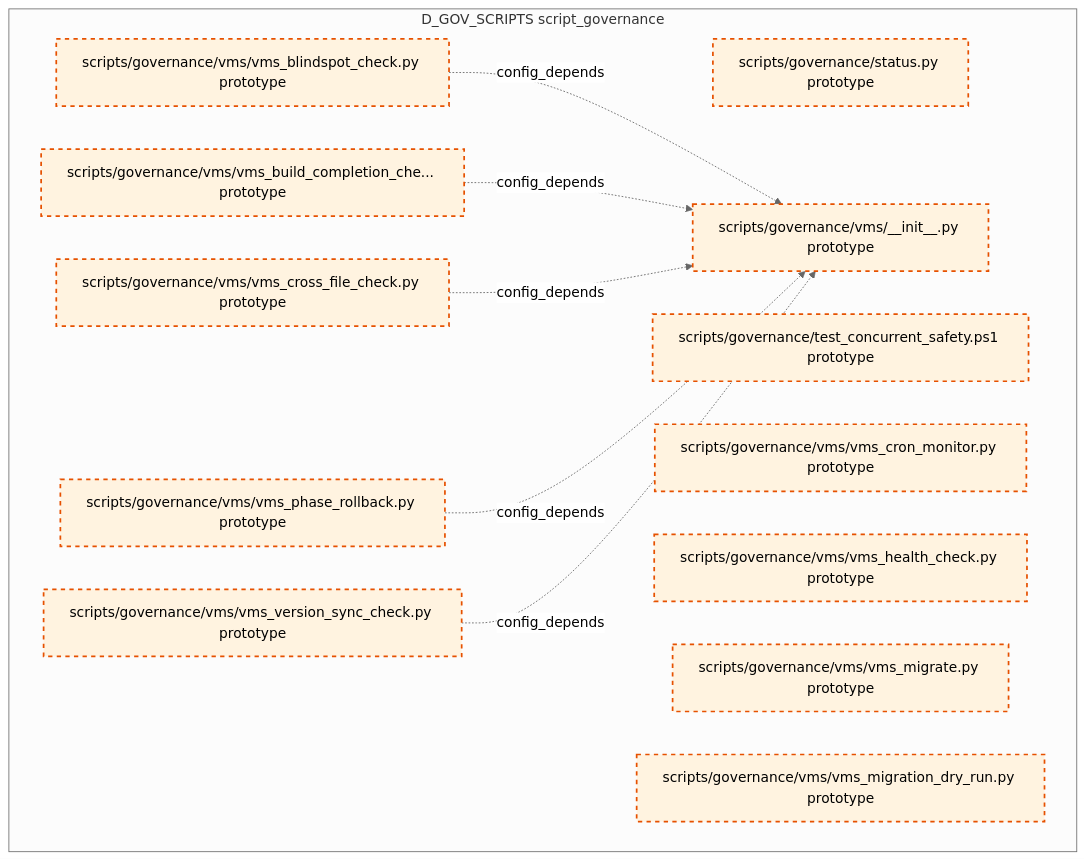
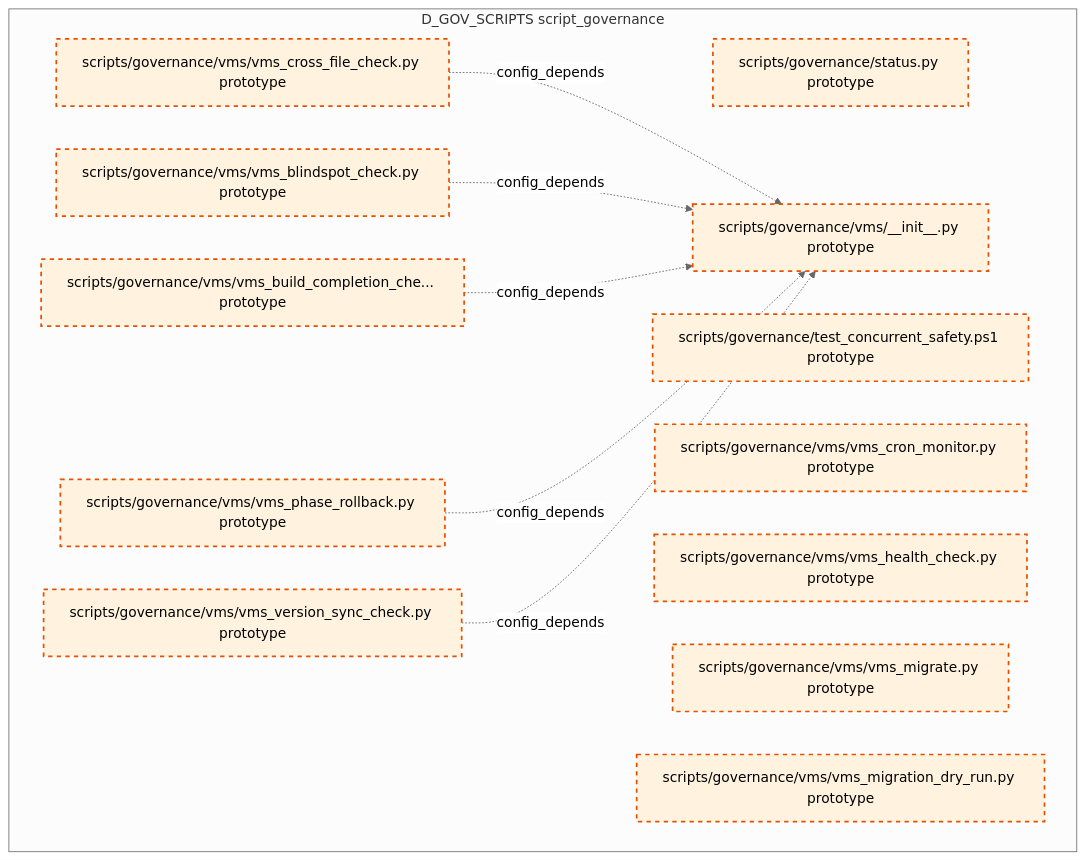
Before and after one commit to xuanFelixVan/ZephyrAlpha: diagram 15 of 15 in docs/02_enterprise_architecture/02_domain_architecture_docs/36_d_gov_scripts.md, drawn with Mermaid (neutral theme). The commit also changed other lines of this file and 99 other files, not shown here.

````diff
--- a/docs/02_enterprise_architecture/02_domain_architecture_docs/36_d_gov_scripts.md
+++ b/docs/02_enterprise_architecture/02_domain_architecture_docs/36_d_gov_scripts.md
@@ -1016,27 +1013,27 @@
 ```mermaid
 graph TD
     subgraph D_GOV_SCRIPTS["D_GOV_SCRIPTS script_governance"]
         scripts_governance_status_py["scripts/governance/status.py prototype"]
         scripts_governance_test_concurrent_safety_ps1["scripts/governance/test_concurrent_safety.ps1 prototype"]
         scripts_governance_vms_init_py["scripts/governance/vms/__init__.py prototype"]
         scripts_governance_vms_vms_blindspot_check_py["scripts/governance/vms/vms_blindspot_check.py prototype"]
         scripts_governance_vms_vms_build_completion_check_py["scripts/governance/vms/vms_build_completion_che... prototype"]
         scripts_governance_vms_vms_cron_monitor_py["scripts/governance/vms/vms_cron_monitor.py prototype"]
         scripts_governance_vms_vms_cross_file_check_py["scripts/governance/vms/vms_cross_file_check.py prototype"]
         scripts_governance_vms_vms_health_check_py["scripts/governance/vms/vms_health_check.py prototype"]
         scripts_governance_vms_vms_migrate_py["scripts/governance/vms/vms_migrate.py prototype"]
         scripts_governance_vms_vms_migration_dry_run_py["scripts/governance/vms/vms_migration_dry_run.py prototype"]
         scripts_governance_vms_vms_phase_rollback_py["scripts/governance/vms/vms_phase_rollback.py prototype"]
         scripts_governance_vms_vms_version_sync_check_py["scripts/governance/vms/vms_version_sync_check.py prototype"]
     end
+    scripts_governance_vms_vms_cross_file_check_py -.->|config_depends| scripts_governance_vms_init_py
     scripts_governance_vms_vms_blindspot_check_py -.->|config_depends| scripts_governance_vms_init_py
     scripts_governance_vms_vms_build_completion_check_py -.->|config_depends| scripts_governance_vms_init_py
-    scripts_governance_vms_vms_cross_file_check_py -.->|config_depends| scripts_governance_vms_init_py
     scripts_governance_vms_vms_phase_rollback_py -.->|config_depends| scripts_governance_vms_init_py
     scripts_governance_vms_vms_version_sync_check_py -.->|config_depends| scripts_governance_vms_init_py
     classDef production fill:#e1f5fe,stroke:#01579b,stroke-width:2px,color:#000
     classDef design fill:#fff3e0,stroke:#e65100,stroke-width:2px,color:#000,stroke-dasharray: 5 5
     classDef external_prod fill:#e8f5e9,stroke:#1b5e20,stroke-width:1px,color:#000
     classDef external_design fill:#fce4ec,stroke:#880e4f,stroke-width:1px,color:#000,stroke-dasharray: 5 5
     class scripts_governance_status_py,scripts_governance_test_concurrent_safety_ps1,scripts_governance_vms_init_py,scripts_governance_vms_vms_blindspot_check_py,scripts_governance_vms_vms_build_completion_check_py,scripts_governance_vms_vms_cron_monitor_py,scripts_governance_vms_vms_cross_file_check_py,scripts_governance_vms_vms_health_check_py,scripts_governance_vms_vms_migrate_py,scripts_governance_vms_vms_migration_dry_run_py,scripts_governance_vms_vms_phase_rollback_py,scripts_governance_vms_vms_version_sync_check_py design
 ```
````
